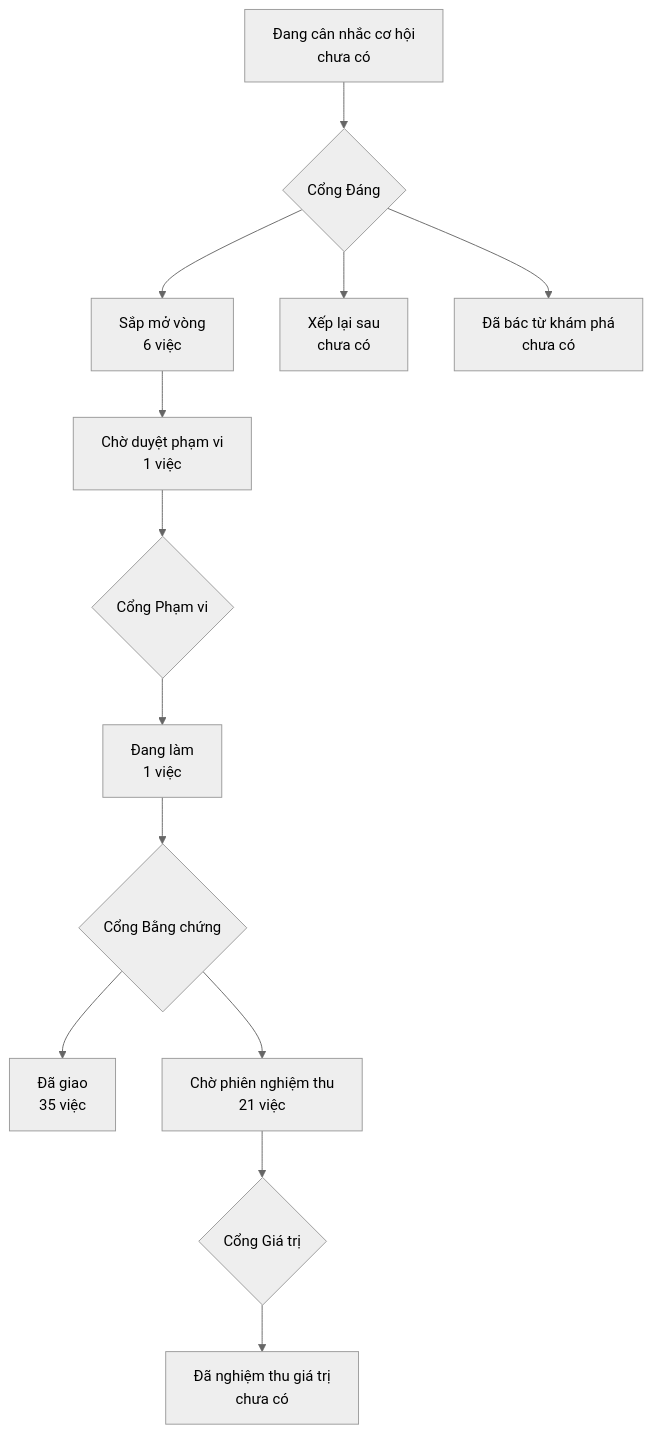
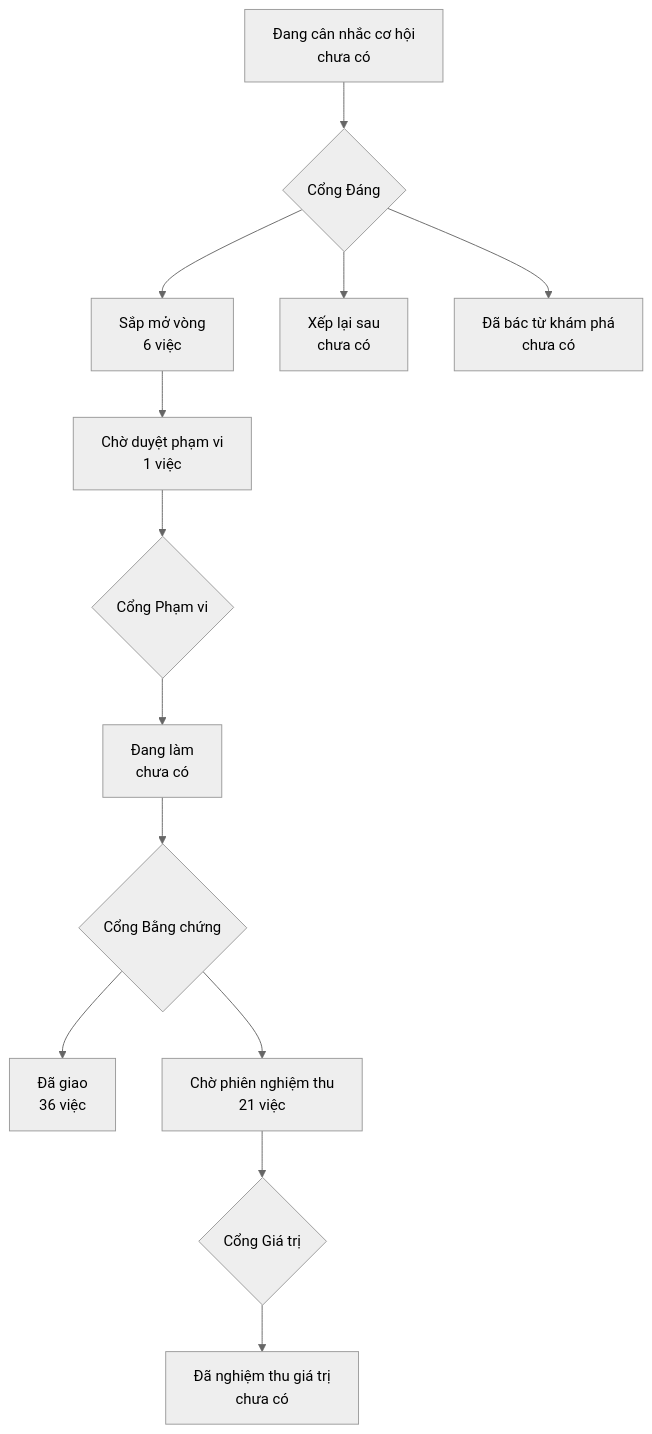
Before and after one commit to phanlemanh/onehub-invest: the diagram in PRODUCT-MAP.md, drawn with Mermaid (neutral theme). The commit also changed other lines of this file and 4 other files, not shown here.

````diff
--- a/PRODUCT-MAP.md
+++ b/PRODUCT-MAP.md
@@ -7,12 +7,12 @@
 ```mermaid
 flowchart TD
   A["Đang cân nhắc cơ hội<br/>chưa có"] --> GD{"Cổng Đáng"}
   GD --> B["Sắp mở vòng<br/>6 việc"]
   GD --> XL["Xếp lại sau<br/>chưa có"]
   GD --> DB["Đã bác từ khám phá<br/>chưa có"]
   B --> CD["Chờ duyệt phạm vi<br/>1 việc"] --> GP{"Cổng Phạm vi"}
-  GP --> DL["Đang làm<br/>1 việc"] --> GB{"Cổng Bằng chứng"}
-  GB --> DG["Đã giao<br/>35 việc"]
+  GP --> DL["Đang làm<br/>chưa có"] --> GB{"Cổng Bằng chứng"}
+  GB --> DG["Đã giao<br/>36 việc"]
   GB --> CN["Chờ phiên nghiệm thu<br/>21 việc"] --> GG{"Cổng Giá trị"}
   GG --> NT["Đã nghiệm thu giá trị<br/>chưa có"]
 ```
````
